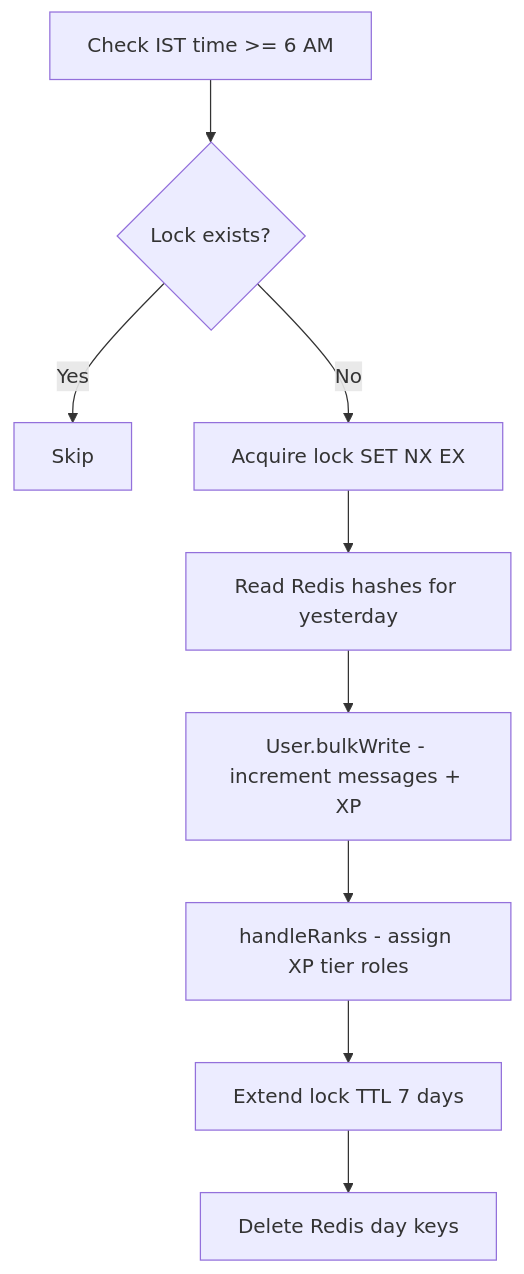
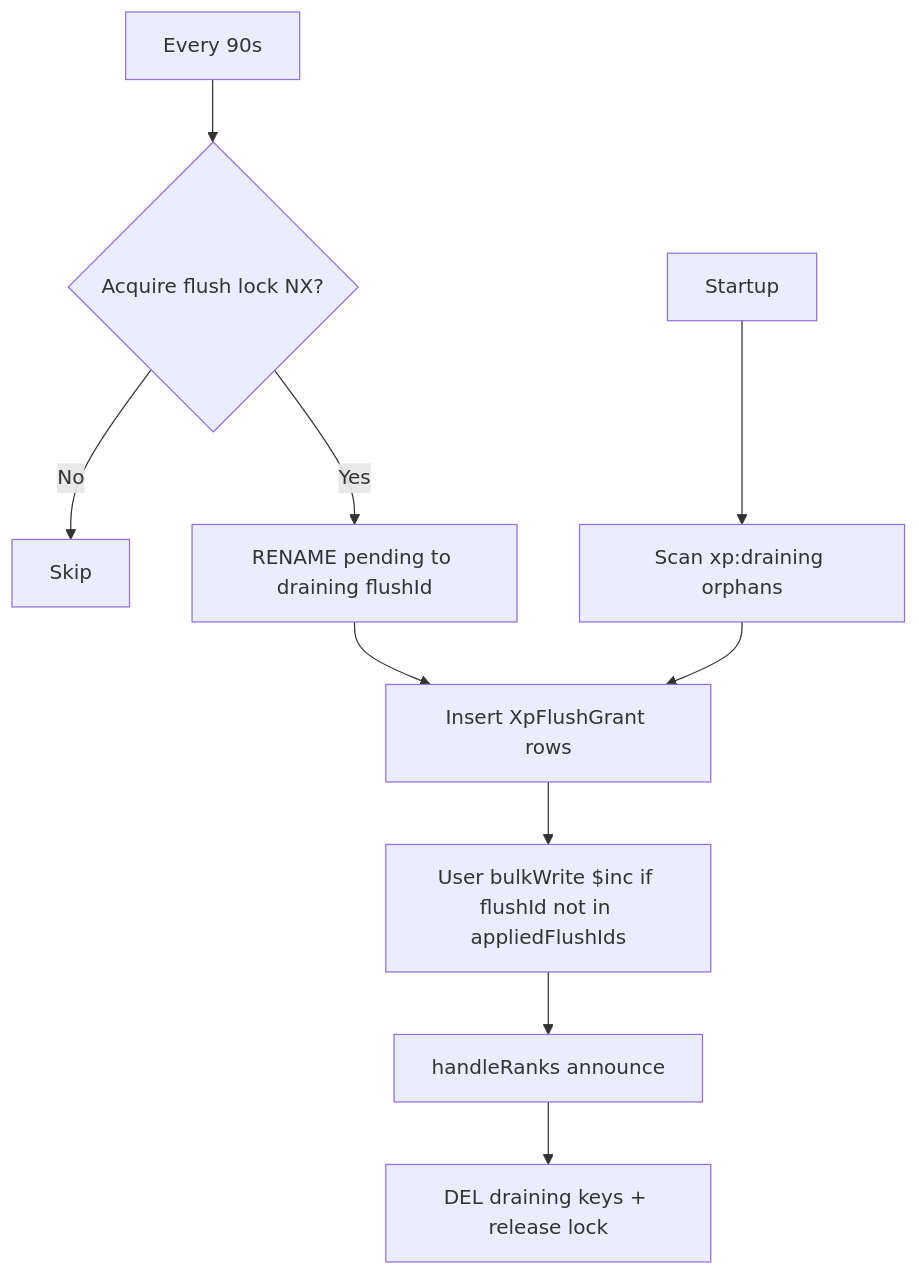
Before and after one commit to Vasumitra-Gajbhiye/Ralevel-Discord-Bot: the diagram in docs/systems.md, drawn with Mermaid. The commit also changed other lines of this file and 26 other files, not shown here.

````diff
--- a/docs/systems.md
+++ b/docs/systems.md
@@ -214,11 +213,12 @@
 ```mermaid
 flowchart TD
-    A[Check IST time >= 6 AM] --> B{Lock exists?}
-    B -->|Yes| SKIP[Skip]
-    B -->|No| C[Acquire lock SET NX EX]
-    C --> D[Read Redis hashes for yesterday]
-    D --> E[User.bulkWrite - increment messages + XP]
-    E --> F[handleRanks - assign XP tier roles]
-    F --> G[Extend lock TTL 7 days]
-    G --> H[Delete Redis day keys]
+    A[Every 90s] --> B{Acquire flush lock NX?}
+    B -->|No| SKIP[Skip]
+    B -->|Yes| C[RENAME pending to draining flushId]
+    C --> D[Insert XpFlushGrant rows]
+    D --> E["User bulkWrite $inc if flushId not in appliedFlushIds"]
+    E --> F[handleRanks announce]
+    F --> G[DEL draining keys + release lock]
+    H[Startup] --> I[Scan xp:draining orphans]
+    I --> D
 ```
````
